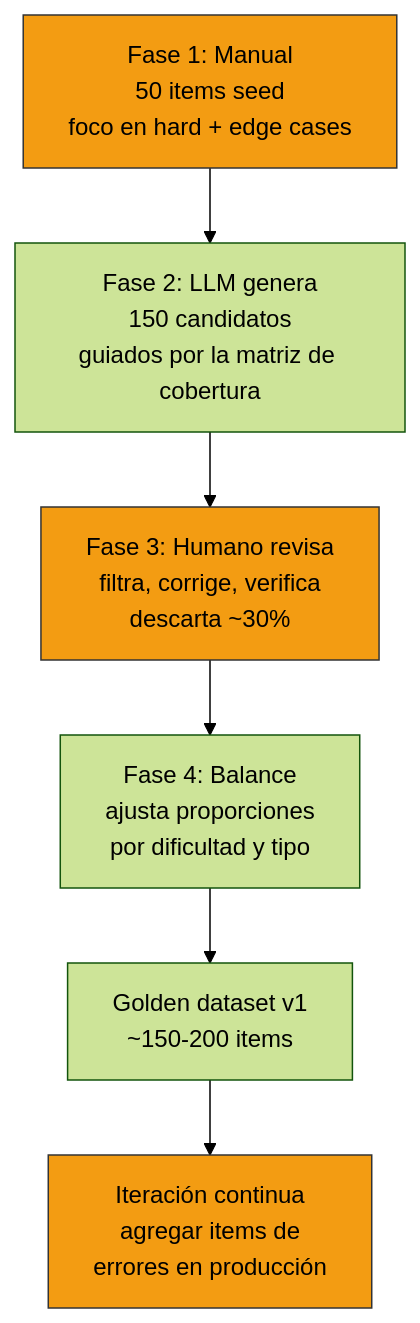
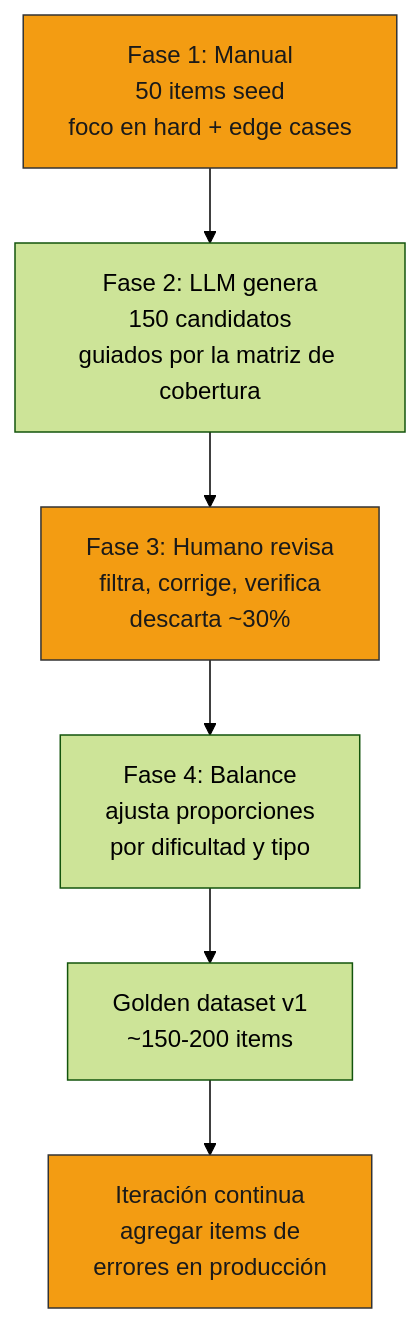
Before and after one commit to Alonsomar/estudio-personal: the fifth of 7 diagrams in 01-evals/theory/04-golden-datasets.md, drawn with Mermaid (forest theme). The commit also changed other lines of this file and 20 other files, not shown here.

First line of the commit message:
fix(docs): texto oscuro en nodos Mermaid para legibilidad en modo oscuro

````diff
--- a/01-evals/theory/04-golden-datasets.md
+++ b/01-evals/theory/04-golden-datasets.md
@@ -236,12 +236,12 @@
 ```mermaid
 graph TD
     H1["Fase 1: Manual<br/>50 items seed<br/>foco en hard + edge cases"] --> H2["Fase 2: LLM genera<br/>150 candidatos<br/>guiados por la matriz de cobertura"]
     H2 --> H3["Fase 3: Humano revisa<br/>filtra, corrige, verifica<br/>descarta ~30%"]
     H3 --> H4["Fase 4: Balance<br/>ajusta proporciones<br/>por dificultad y tipo"]
     H4 --> H5["Golden dataset v1<br/>~150-200 items"]
     H5 --> H6["Iteración continua<br/>agregar items de<br/>errores en producción"]
 
-    style H1 fill:#f39c12,stroke:#333
-    style H3 fill:#f39c12,stroke:#333
-    style H6 fill:#f39c12,stroke:#333
+    style H1 fill:#f39c12,stroke:#333,color:#1a1a1a
+    style H3 fill:#f39c12,stroke:#333,color:#1a1a1a
+    style H6 fill:#f39c12,stroke:#333,color:#1a1a1a
 ```
````
